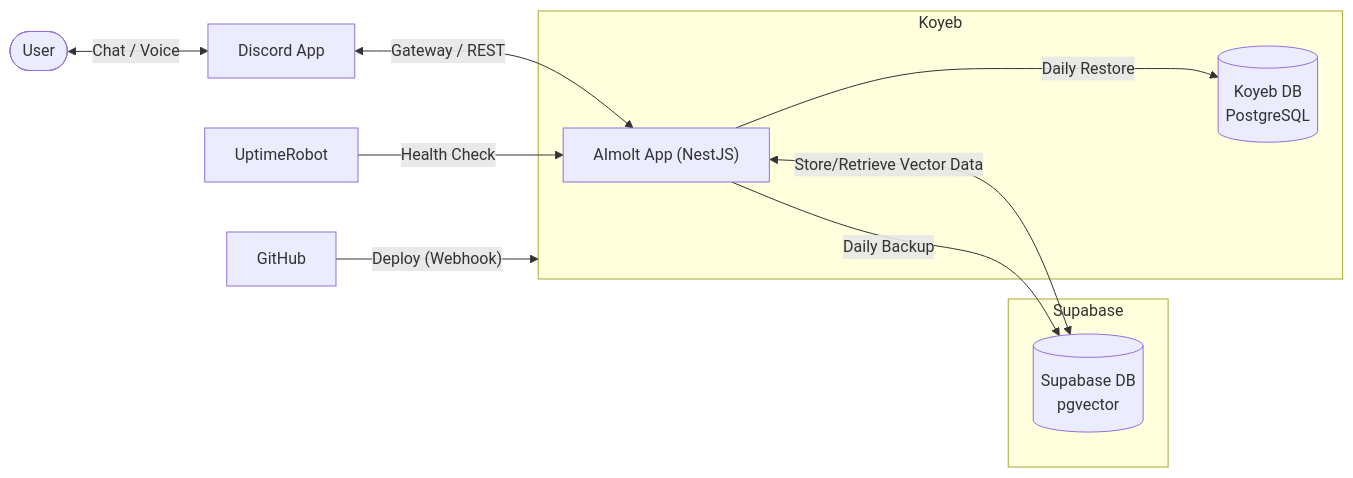
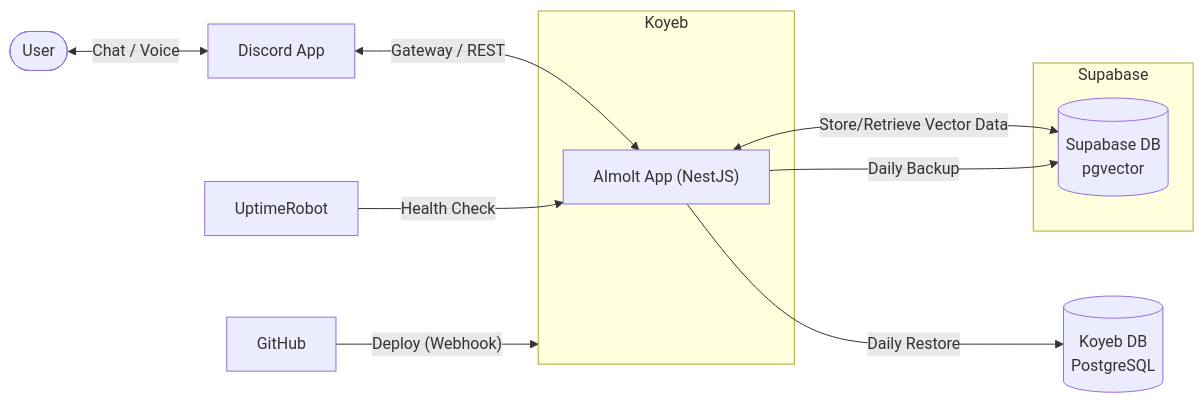
One commit to litoma/aimolt changed the first of 2 diagrams in README.md. Above: the diagram before and after it, drawn with Mermaid.

Commit message:
docs: separate KoyebDB from Koyeb subgraph to fix alignment

````diff
--- a/README.md
+++ b/README.md
@@ -74,29 +74,27 @@
 ```mermaid
 graph LR
     User([User])
     Discord[Discord App]
     GitHub[GitHub]
     UptimeRobot[UptimeRobot]
     
     subgraph Supabase
         SupabaseDB[("Supabase DB<br>pgvector")]
     end
 
     subgraph Koyeb
         App["AImolt App (NestJS)"]
-        KoyebDB[("Koyeb DB<br>PostgreSQL")]
     end
+    
+    KoyebDB[("Koyeb DB<br>PostgreSQL")]
 
     User <-->|"Chat / Voice"| Discord
     Discord <-->|"Gateway / REST"| App
     
     App <-->|"Store/Retrieve Vector Data"| SupabaseDB
     App -->|"Daily Backup"| SupabaseDB
     App -->|"Daily Restore"| KoyebDB
     
     GitHub -->|"Deploy (Webhook)"| Koyeb
     UptimeRobot -->|"Health Check"| App
-    
-    %% レイアウト調整: SupabaseをKoyebDBより上に配置
-    SupabaseDB ~~~ KoyebDB
 ```
````
